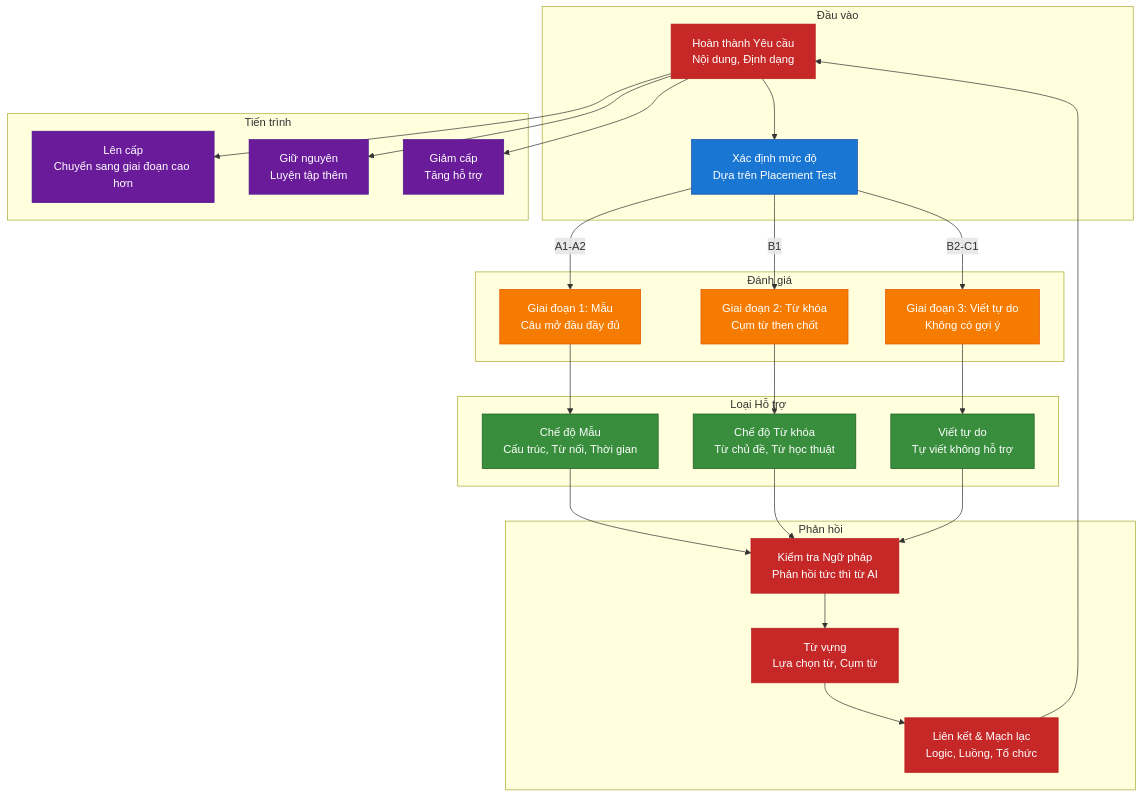
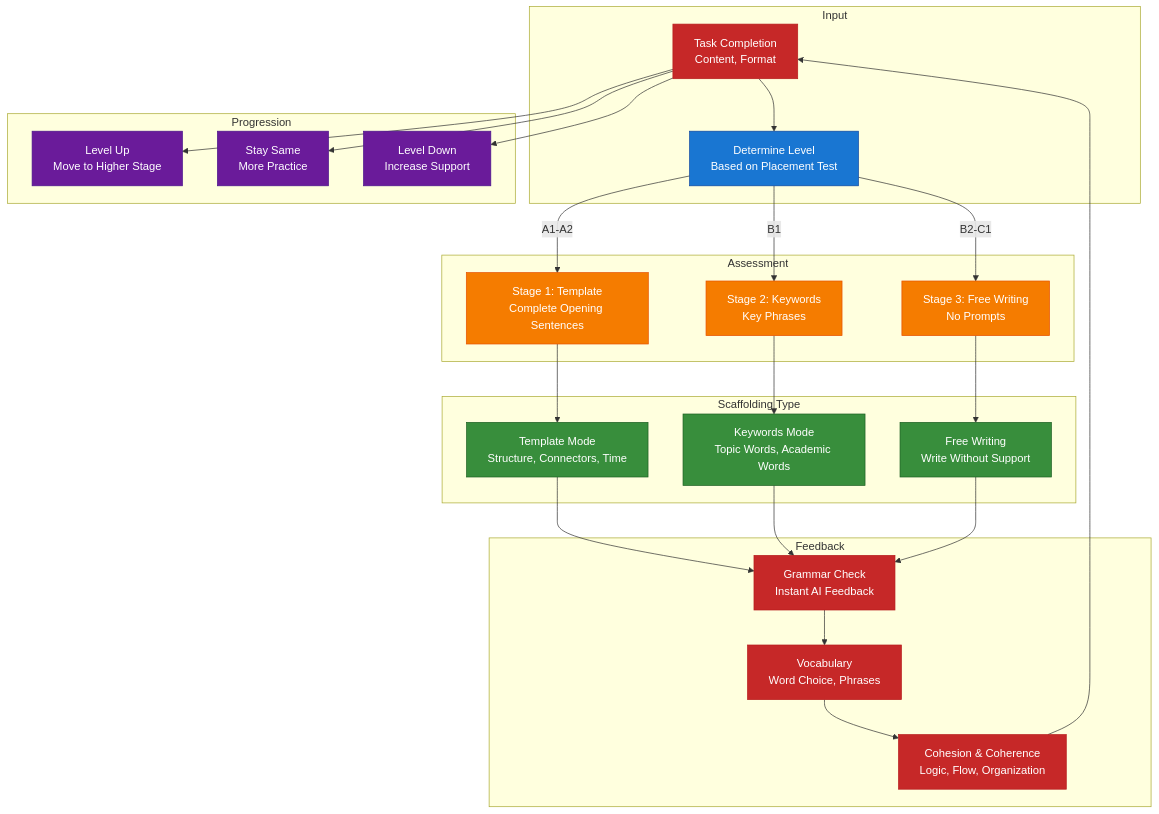
Before and after one commit to nghyane/VSTEP: the third of 8 diagrams in docs/capstone/diagrams/flow-diagrams.vi.md, drawn with Mermaid. The commit also changed other lines of this file, not shown here.

First line of the commit message:
docs: fix Vietnamese terminology to follow academic standards

````diff
--- a/docs/capstone/diagrams/flow-diagrams.vi.md
+++ b/docs/capstone/diagrams/flow-diagrams.vi.md
@@ -126,61 +126,61 @@
 ```mermaid
 flowchart TB
-    subgraph Input ["Đầu vào"]
-        Task["Chọn bài Viết<br/>Task 1 (Thư), Task 2 (Bài luận)"]
-        Level["Xác định mức độ<br/>Dựa trên Placement Test"]
+    subgraph Input ["Input"]
+        Task["Select Writing<br/>Task 1 (Letter), Task 2 (Essay)"]
+        Level["Determine Level<br/>Based on Placement Test"]
     end
 
-    subgraph Assessment ["Đánh giá"]
-        Stage1["Giai đoạn 1: Mẫu<br/>Câu mở đầu đầy đủ"]
-        Stage2["Giai đoạn 2: Từ khóa<br/>Cụm từ then chốt"]
-        Stage3["Giai đoạn 3: Viết tự do<br/>Không có gợi ý"]
+    subgraph Assessment ["Assessment"]
+        Stage1["Stage 1: Template<br/>Complete Opening Sentences"]
+        Stage2["Stage 2: Keywords<br/>Key Phrases"]
+        Stage3["Stage 3: Free Writing<br/>No Prompts"]
     end
 
-    subgraph Scaffold ["Loại Hỗ trợ"]
-        Template["Chế độ Mẫu<br/>Cấu trúc, Từ nối, Thời gian"]
-        Keywords["Chế độ Từ khóa<br/>Từ chủ đề, Từ học thuật"]
-        Free["Viết tự do<br/>Tự viết không hỗ trợ"]
+    subgraph Scaffold ["Scaffolding Type"]
+        Template["Template Mode<br/>Structure, Connectors, Time"]
+        Keywords["Keywords Mode<br/>Topic Words, Academic Words"]
+        Free["Free Writing<br/>Write Without Support"]
     end
 
-    subgraph Feedback ["Phản hồi"]
-        Grammar["Kiểm tra Ngữ pháp<br/>Phản hồi tức thì từ AI"]
-        Vocab["Từ vựng<br/>Lựa chọn từ, Cụm từ"]
-        Cohesion["Liên kết & Mạch lạc<br/>Logic, Luồng, Tổ chức"]
-        Task["Hoàn thành Yêu cầu<br/>Nội dung, Định dạng"]
+    subgraph Feedback ["Feedback"]
+        Grammar["Grammar Check<br/>Instant AI Feedback"]
+        Vocab["Vocabulary<br/>Word Choice, Phrases"]
+        Cohesion["Cohesion & Coherence<br/>Logic, Flow, Organization"]
+        Task["Task Completion<br/>Content, Format"]
     end
 
-    subgraph Progression ["Tiến trình"]
-        Up["Lên cấp<br/>Chuyển sang giai đoạn cao hơn"]
-        Stay["Giữ nguyên<br/>Luyện tập thêm"]
-        Down["Giảm cấp<br/>Tăng hỗ trợ"]
+    subgraph Progression ["Progression"]
+        Up["Level Up<br/>Move to Higher Stage"]
+        Stay["Stay Same<br/>More Practice"]
+        Down["Level Down<br/>Increase Support"]
     end
 
     Task --> Level
     Level -->|A1-A2| Stage1
     Level -->|B1| Stage2
     Level -->|B2-C1| Stage3
     Stage1 --> Template
     Stage2 --> Keywords
     Stage3 --> Free
     Template --> Grammar
     Keywords --> Grammar
     Free --> Grammar
     Grammar --> Vocab
     Vocab --> Cohesion
     Cohesion --> Task
     Task --> Up
     Task --> Stay
     Task --> Down
 
     classDef input fill:#1976d2,stroke:#0d47a1,color:#fff
     classDef assessment fill:#f57c00,stroke:#e65100,color:#fff
     classDef scaffold fill:#388e3c,stroke:#1b5e20,color:#fff
     classDef feedback fill:#c62828,stroke:#b71c1c,color:#fff
     classDef progression fill:#6a1b9a,stroke:#4a148c,color:#fff
 
     class Task,Level input
     class Stage1,Stage2,Stage3 assessment
     class Template,Keywords,Free scaffold
     class Grammar,Vocab,Cohesion,Task feedback
     class Up,Stay,Down progression
 ```
````
